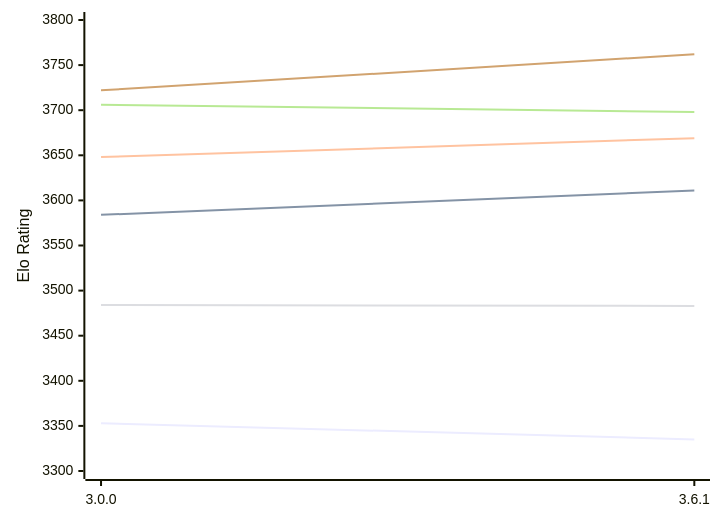
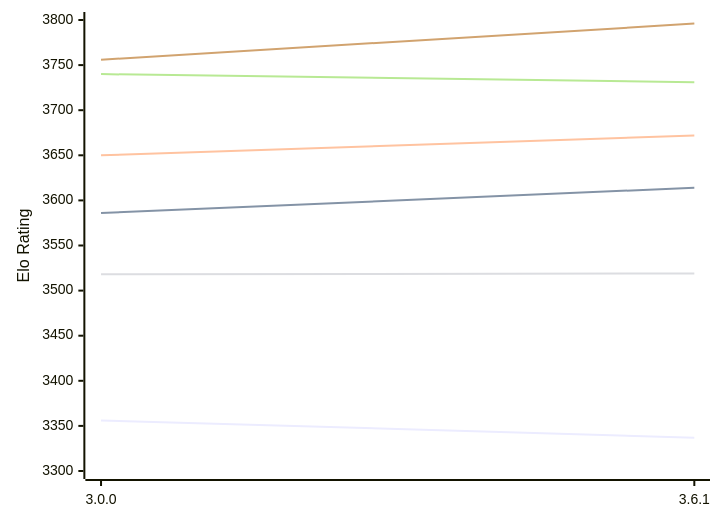
Before and after one commit to computer-chess-index/cci: the diagram in engines/Peras.md, drawn with Mermaid. The commit also changed other lines of this file, not shown here.

Commit message:
Update CCI Ratings (ELO VLTC) - 2026-11-05

````diff
--- a/engines/Peras.md
+++ b/engines/Peras.md
@@ -49,12 +49,12 @@
 ```mermaid
 %%{init: {"theme":"base","themeVariables":{"seriesColors:['#a3a3a3','#222221','#faa371']}}}%%
 xychart-beta
   x-axis ["3.0.0", "3.6.1"]
   y-axis "Elo Rating" 3300 --> 3800
-  line "E1: STC (8.0+0.08s)" [3353, 3335]
-  line "E1: LTC (60.0+0.60s)" [3584, 3611]
-  line "E1: VLTC (2m24s+1.12s)" [3648, 3669]
-  line "P1: STC (8.0+0.08s)" [3484, 3483]
-  line "P1: LTC (60.0+0.60s)" [3706, 3698]
-  line "P1: VLTC (2m24s+1.12s)" [3722, 3762]
+  line "E1: STC (8.0+0.08s)" [3356, 3337]
+  line "E1: LTC (60.0+0.60s)" [3586, 3614]
+  line "E1: VLTC (2m24s+1.12s)" [3650, 3672]
+  line "P1: STC (8.0+0.08s)" [3518, 3519]
+  line "P1: LTC (60.0+0.60s)" [3740, 3731]
+  line "P1: VLTC (2m24s+1.12s)" [3756, 3796]
 ```
````
